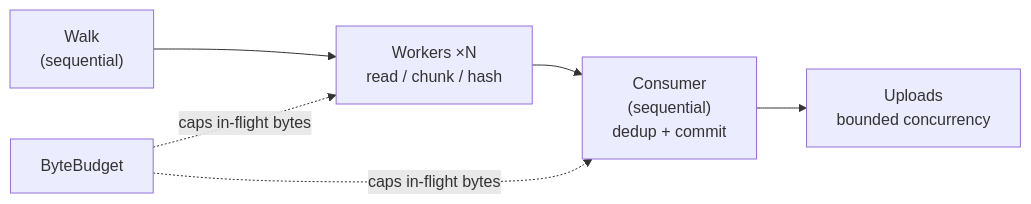
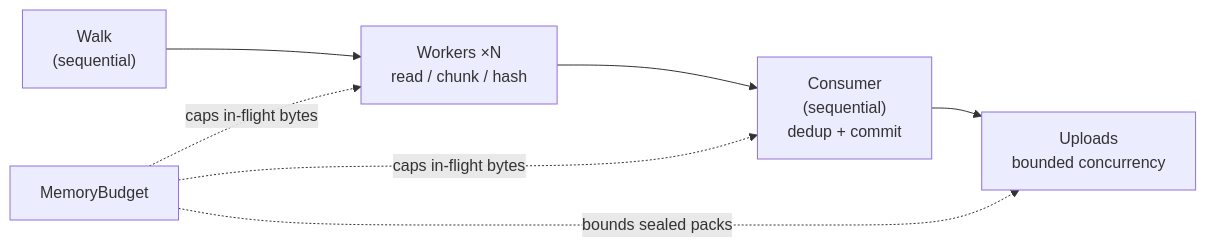
One commit to borgbase/vykar changed the eighth of 8 diagrams in docs/src/content/docs/architecture.md. Above: the diagram before and after it, drawn with Mermaid. The commit also changed other lines of this file and 16 other files, not shown here.

First line of the commit message:
refactor(core)!: one MemoryBudget for pipeline, open and sealed packs

````diff
--- a/docs/src/content/docs/architecture.md
+++ b/docs/src/content/docs/architecture.md
@@ -1062,8 +1062,9 @@
 ```mermaid
 flowchart LR
     walk["Walk<br/>(sequential)"] --> workers["Workers ×N<br/>read / chunk / hash"]
     workers --> consumer["Consumer<br/>(sequential)<br/>dedup + commit"]
     consumer --> uploads["Uploads<br/>bounded concurrency"]
-    budget["ByteBudget"] -. caps in-flight bytes .-> workers
+    budget["MemoryBudget"] -. caps in-flight bytes .-> workers
     budget -. caps in-flight bytes .-> consumer
+    budget -. bounds sealed packs .-> uploads
 ```
````
